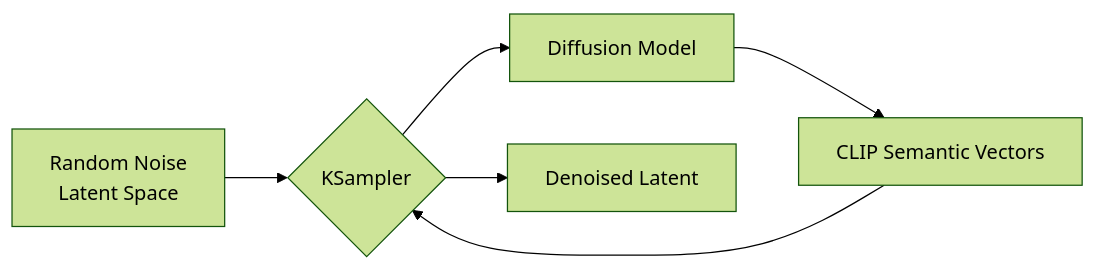
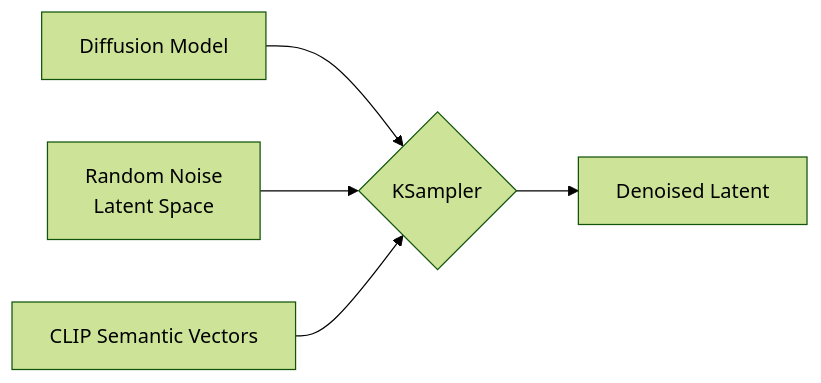
Before and after one commit to Comfy-Org/docs: the second of 2 diagrams in tutorials/basic/text-to-image.mdx, drawn with Mermaid (forest theme). The commit also changed 1 other file, not shown here.

Commit message:
Update KSampler workflow diagram in text-to-image tutorials

````diff
--- a/tutorials/basic/text-to-image.mdx
+++ b/tutorials/basic/text-to-image.mdx
@@ -181,8 +181,7 @@
 ```mermaid
 graph LR
-A[Random Noise<br>Latent Space] --> B{KSampler}
-B --> C[Diffusion Model]
-C --> D[CLIP Semantic Vectors]
-D --> B
+A[Diffusion Model] --> B{KSampler}
+C[Random Noise<br>Latent Space] --> B
+D[CLIP Semantic Vectors] --> B
 B --> E[Denoised Latent]
 ```
````
